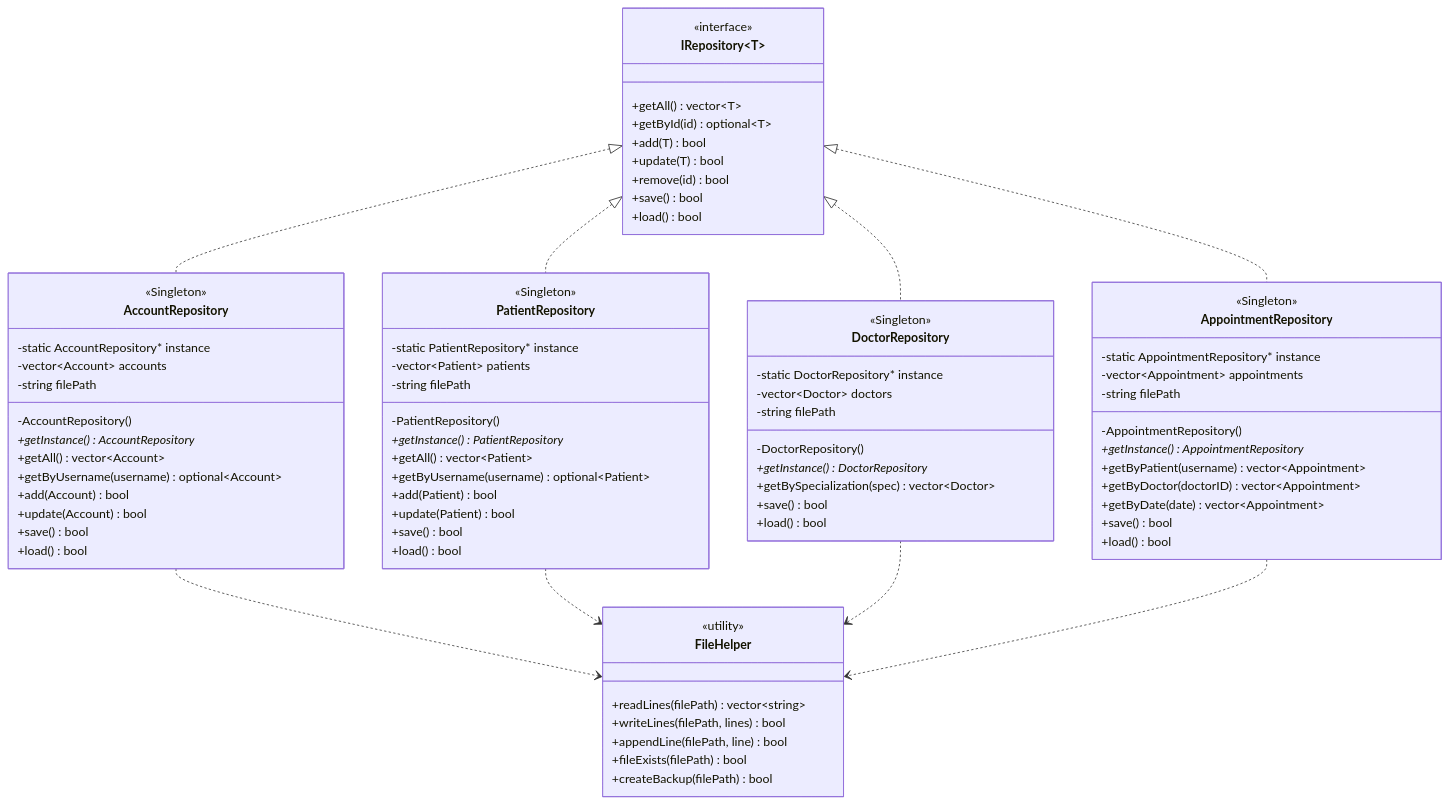
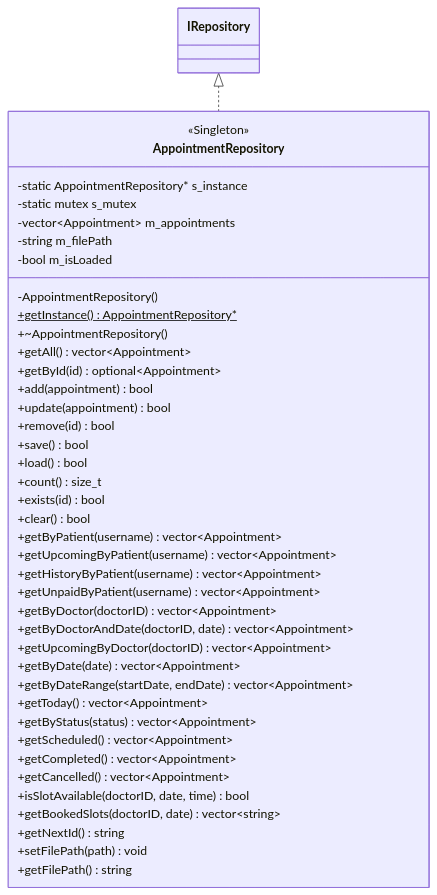
One commit to Zed-28-01/Hospital_Management_Project changed diagram 13 of 23 in docs/diagrams/architecture-detailed.md. Above: the diagram before and after it, drawn with Mermaid. The commit also changed other lines of this file and 2 other files, not shown here.

````diff
--- a/docs/diagrams/architecture-detailed.md
+++ b/docs/diagrams/architecture-detailed.md
@@ -220,88 +489,45 @@
 ```mermaid
 classDiagram
-    class IRepository~T~ {
-        <<interface>>
-        +getAll() vector~T~
-        +getById(id) optional~T~
-        +add(T) bool
-        +update(T) bool
+    class AppointmentRepository {
+        <<Singleton>>
+        -static AppointmentRepository* s_instance
+        -static mutex s_mutex
+        -vector~Appointment~ m_appointments
+        -string m_filePath
+        -bool m_isLoaded
+        -AppointmentRepository()
+        +getInstance()$ AppointmentRepository*
+        +~AppointmentRepository()
+        +getAll() vector~Appointment~
+        +getById(id) optional~Appointment~
+        +add(appointment) bool
+        +update(appointment) bool
         +remove(id) bool
         +save() bool
         +load() bool
+        +count() size_t
+        +exists(id) bool
+        +clear() bool
+        +getByPatient(username) vector~Appointment~
+        +getUpcomingByPatient(username) vector~Appointment~
+        +getHistoryByPatient(username) vector~Appointment~
+        +getUnpaidByPatient(username) vector~Appointment~
+        +getByDoctor(doctorID) vector~Appointment~
+        +getByDoctorAndDate(doctorID, date) vector~Appointment~
+        +getUpcomingByDoctor(doctorID) vector~Appointment~
+        +getByDate(date) vector~Appointment~
+        +getByDateRange(startDate, endDate) vector~Appointment~
+        +getToday() vector~Appointment~
+        +getByStatus(status) vector~Appointment~
+        +getScheduled() vector~Appointment~
+        +getCompleted() vector~Appointment~
+        +getCancelled() vector~Appointment~
+        +isSlotAvailable(doctorID, date, time) bool
+        +getBookedSlots(doctorID, date) vector~string~
+        +getNextId() string
+        +setFilePath(path) void
+        +getFilePath() string
     }
 
-    class AccountRepository {
-        <<Singleton>>
-        -static AccountRepository* instance
-        -vector~Account~ accounts
-        -string filePath
-        -AccountRepository()
-        +getInstance() AccountRepository*
-        +getAll() vector~Account~
-        +getByUsername(username) optional~Account~
-        +add(Account) bool
-        +update(Account) bool
-        +save() bool
-        +load() bool
-    }
-
-    class PatientRepository {
-        <<Singleton>>
-        -static PatientRepository* instance
-        -vector~Patient~ patients
-        -string filePath
-        -PatientRepository()
-        +getInstance() PatientRepository*
-        +getAll() vector~Patient~
-        +getByUsername(username) optional~Patient~
-        +add(Patient) bool
-        +update(Patient) bool
-        +save() bool
-        +load() bool
-    }
-
-    class DoctorRepository {
-        <<Singleton>>
-        -static DoctorRepository* instance
-        -vector~Doctor~ doctors
-        -string filePath
-        -DoctorRepository()
-        +getInstance() DoctorRepository*
-        +getBySpecialization(spec) vector~Doctor~
-        +save() bool
-        +load() bool
-    }
-
-    class AppointmentRepository {
-        <<Singleton>>
-        -static AppointmentRepository* instance
-        -vector~Appointment~ appointments
-        -string filePath
-        -AppointmentRepository()
-        +getInstance() AppointmentRepository*
-        +getByPatient(username) vector~Appointment~
-        +getByDoctor(doctorID) vector~Appointment~
-        +getByDate(date) vector~Appointment~
-        +save() bool
-        +load() bool
-    }
-
-    class FileHelper {
-        <<utility>>
-        +readLines(filePath) vector~string~
-        +writeLines(filePath, lines) bool
-        +appendLine(filePath, line) bool
-        +fileExists(filePath) bool
-        +createBackup(filePath) bool
-    }
-
-    IRepository <|.. AccountRepository
-    IRepository <|.. PatientRepository
-    IRepository <|.. DoctorRepository
     IRepository <|.. AppointmentRepository
-
-    AccountRepository ..> FileHelper
-    PatientRepository ..> FileHelper
-    DoctorRepository ..> FileHelper
-    AppointmentRepository ..> FileHelper
 ```
````
